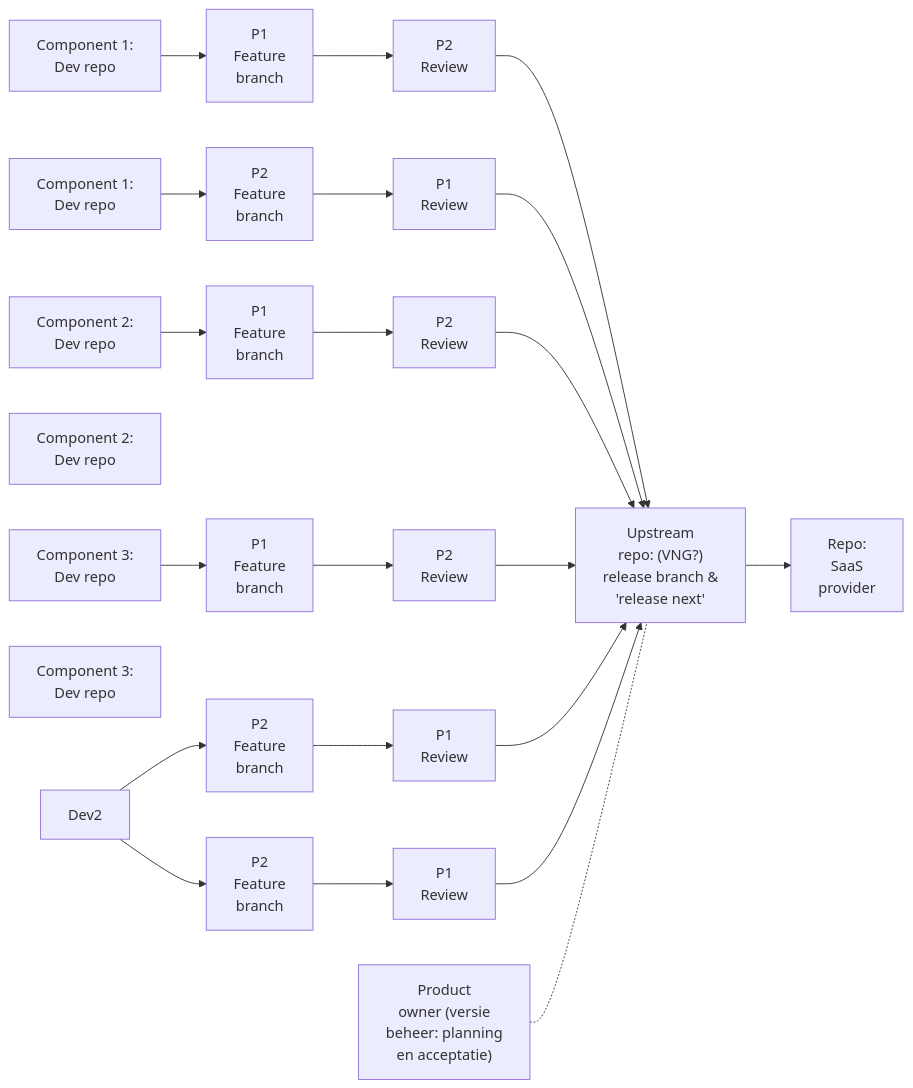
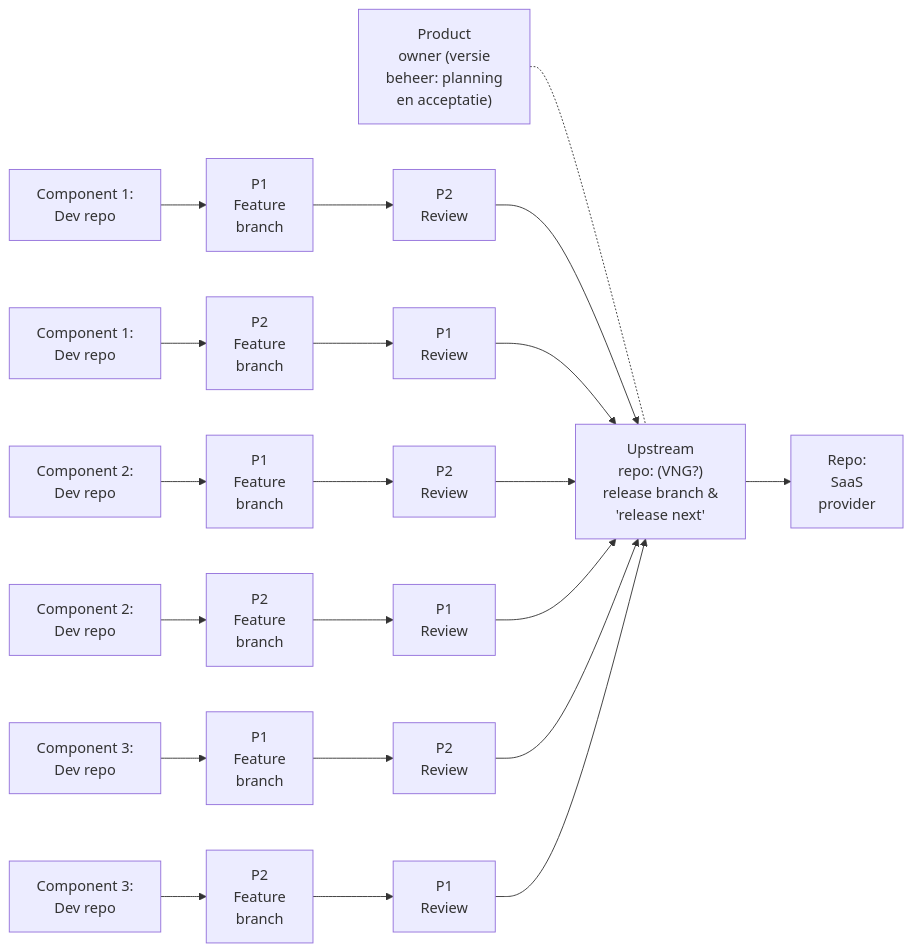
One commit to open-zaak/samenwerken changed the third of 3 diagrams in docs/verslag-ecosysteem-en-rollen.md. Above: the diagram before and after it, drawn with Mermaid.

````diff
--- a/docs/verslag-ecosysteem-en-rollen.md
+++ b/docs/verslag-ecosysteem-en-rollen.md
@@ -169,69 +169,69 @@
 ```mermaid
 graph LR
     %% Nodes
     
     %% Left Side: Components
     1Dev1["Component 1:<br/>Dev repo"]
     1Dev2["Component 1:<br/>Dev repo"]
 
     2Dev1["Component 2:<br/>Dev repo"]
     2Dev2["Component 2:<br/>Dev repo"]
 
     3Dev1["Component 3:<br/>Dev repo"]
     3Dev2["Component 3:<br/>Dev repo"]
 
     %% Reviews
     1FeatP1["P1<br/>Feature<br/>branch"]
     1ReviewP2["P2<br/>Review"]
     1FeatP2["P2<br/>Feature<br/>branch"]
     1ReviewP1["P1<br/>Review"]
 
     2FeatP1["P1<br/>Feature<br/>branch"]
     2ReviewP2["P2<br/>Review"]
     2FeatP2["P2<br/>Feature<br/>branch"]
     2ReviewP1["P1<br/>Review"]
 
     3FeatP1["P1<br/>Feature<br/>branch"]
     3ReviewP2["P2<br/>Review"]
     3FeatP2["P2<br/>Feature<br/>branch"]
     3ReviewP1["P1<br/>Review"]
 
     %% Center: Upstream & Management
     Upstream["Upstream<br/>repo: (VNG?)<br/>release branch &<br/>'release next'"]
     PO["Product<br/>owner (versie<br/>beheer: planning<br/>en acceptatie)"]
 
     %% Right Side: SaaS
     SaaS["Repo:<br/>SaaS<br/>provider"]
 
     %% Connections
     
+    %% PO Logic (dotted line for oversight)
+    PO -.- Upstream
+
     %% Component 1
     1Dev1 --> 1FeatP1
     1FeatP1 --> 1ReviewP2
     1ReviewP2 --> Upstream
     1Dev2 --> 1FeatP2
     1FeatP2 --> 1ReviewP1
     1ReviewP1 --> Upstream
 
     %% Component 2
     2Dev1 --> 2FeatP1
     2FeatP1 --> 2ReviewP2
     2ReviewP2 --> Upstream
-    Dev2 --> 2FeatP2
+    2Dev2 --> 2FeatP2
     2FeatP2 --> 2ReviewP1
     2ReviewP1 --> Upstream
 
     %% Component 3
     3Dev1 --> 3FeatP1
     3FeatP1 --> 3ReviewP2
     3ReviewP2 --> Upstream
-    Dev2 --> 3FeatP2
+    3Dev2 --> 3FeatP2
     3FeatP2 --> 3ReviewP1
     3ReviewP1 --> Upstream
-
-    %% PO Logic (dotted line for oversight)
-    PO -.- Upstream
 
     %% Downstream / Release
     Upstream --> SaaS
 ```
````
